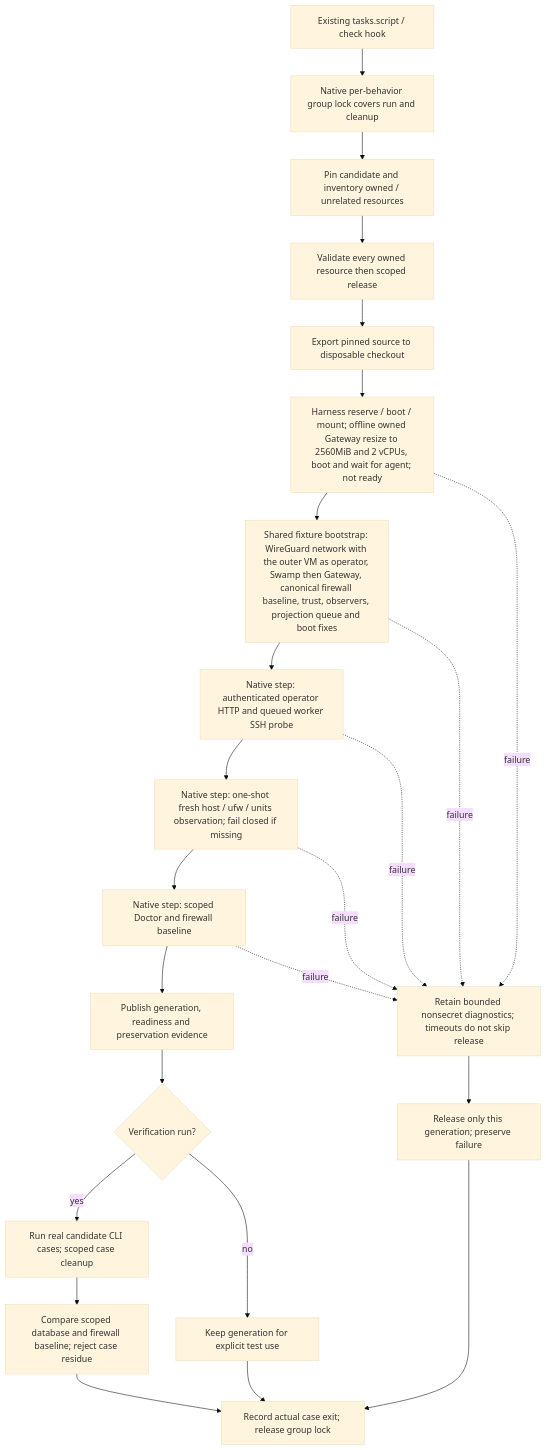
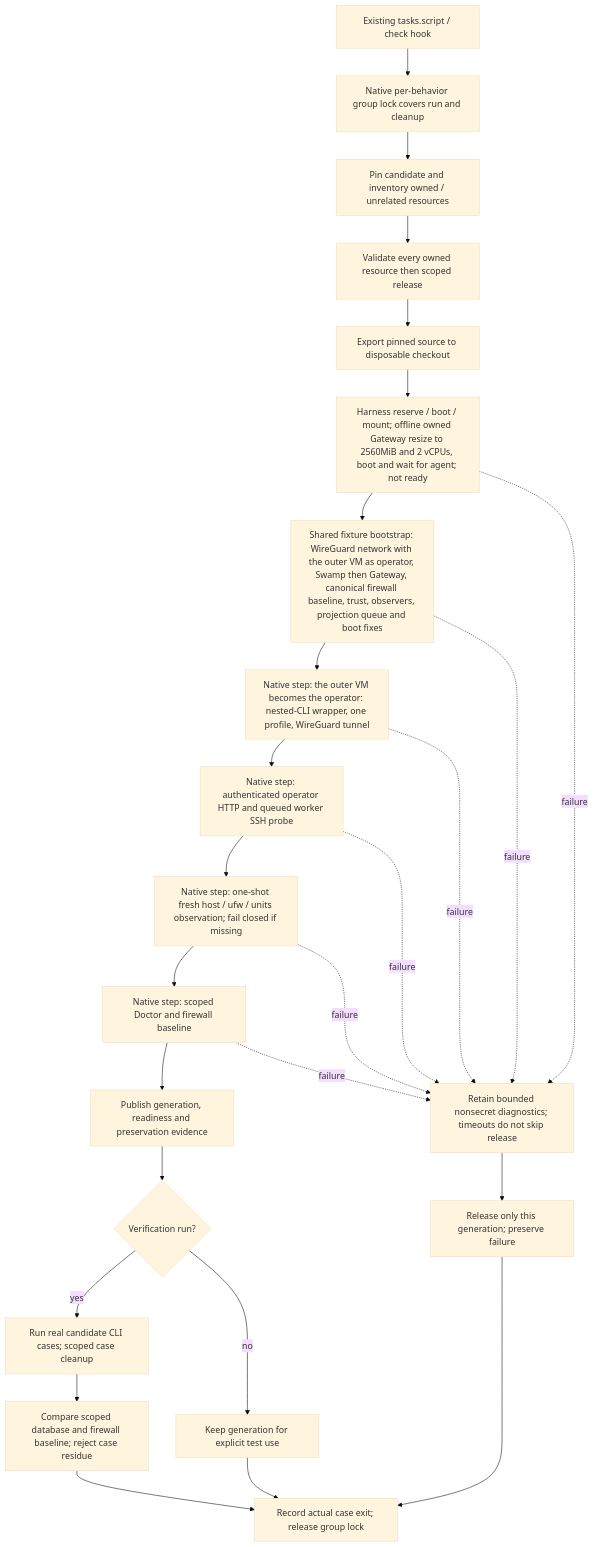
Before and after one commit to hardimpactdev/orbit: the diagram in swamp/proof/reset/reset.mmd, drawn with Mermaid (base theme). The commit also changed 18 other files, not shown here.

```diff
--- a/swamp/proof/reset/reset.mmd
+++ b/swamp/proof/reset/reset.mmd
@@ -1,24 +1,26 @@
 flowchart TD
   hook[Existing tasks.script / check hook] --> lock[Native per-behavior group lock covers run and cleanup]
   lock --> inventory[Pin candidate and inventory owned / unrelated resources]
   inventory --> release[Validate every owned resource then scoped release]
   release --> snapshot[Export pinned source to disposable checkout]
   snapshot --> prepare[Harness reserve / boot / mount; offline owned Gateway resize to 2560MiB and 2 vCPUs, boot and wait for agent; not ready]
   prepare --> fixture[Shared fixture bootstrap: WireGuard network with the outer VM as operator, Swamp then Gateway, canonical firewall baseline, trust, observers, projection queue and boot fixes]
-  fixture --> transport[Native step: authenticated operator HTTP and queued worker SSH probe]
+  fixture --> operator[Native step: the outer VM becomes the operator: nested-CLI wrapper, one profile, WireGuard tunnel]
+  operator --> transport[Native step: authenticated operator HTTP and queued worker SSH probe]
   transport --> facts[Native step: one-shot fresh host / ufw / units observation; fail closed if missing]
   facts --> readiness[Native step: scoped Doctor and firewall baseline]
   readiness --> result[Publish generation, readiness and preservation evidence]
   result --> cases{Verification run?}
   cases -->|yes| commands[Run real candidate CLI cases; scoped case cleanup]
   cases -->|no| held[Keep generation for explicit test use]
   commands --> baseline[Compare scoped database and firewall baseline; reject case residue]
   baseline --> receipt[Record actual case exit; release group lock]
   held --> receipt
   prepare -. failure .-> diagnose[Retain bounded nonsecret diagnostics; timeouts do not skip release]
   fixture -. failure .-> diagnose
+  operator -. failure .-> diagnose
   transport -. failure .-> diagnose
   facts -. failure .-> diagnose
   readiness -. failure .-> diagnose
   diagnose --> ownedCleanup[Release only this generation; preserve failure]
   ownedCleanup --> receipt
```
